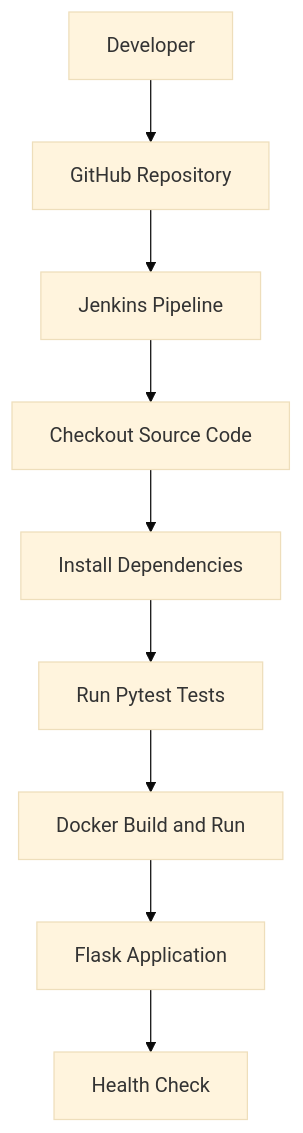
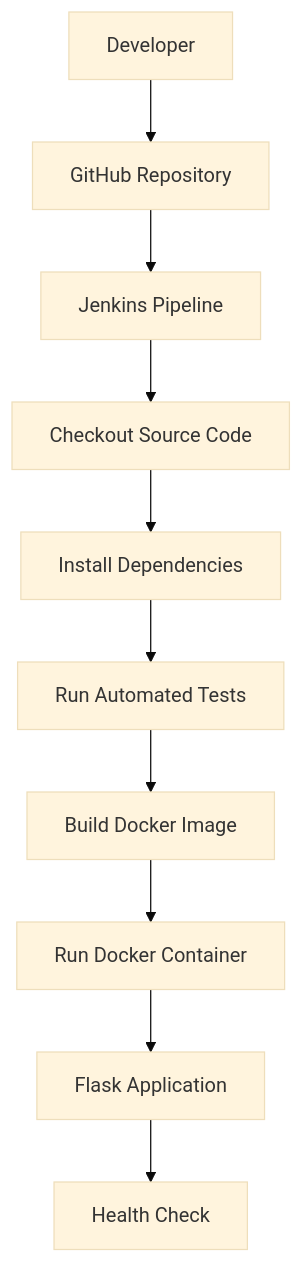
The diagram in README.md (Chandanmn0724/devops-cicd-automation), drawn with Mermaid (base theme) before and after one commit. The commit also changed other lines of this file, not shown here.

````diff
--- a/README.md
+++ b/README.md
@@ -43,11 +46,12 @@
 ```mermaid
 flowchart TD
     A[Developer] --> B[GitHub Repository]
     B --> C[Jenkins Pipeline]
     C --> D[Checkout Source Code]
     D --> E[Install Dependencies]
-    E --> F[Run Pytest Tests]
-    F --> G[Docker Build and Run]
-    G --> H[Flask Application]
-    H --> I[Health Check]
+    E --> F[Run Automated Tests]
+    F --> G[Build Docker Image]
+    G --> H[Run Docker Container]
+    H --> I[Flask Application]
+    I --> J[Health Check]
 ```
````
